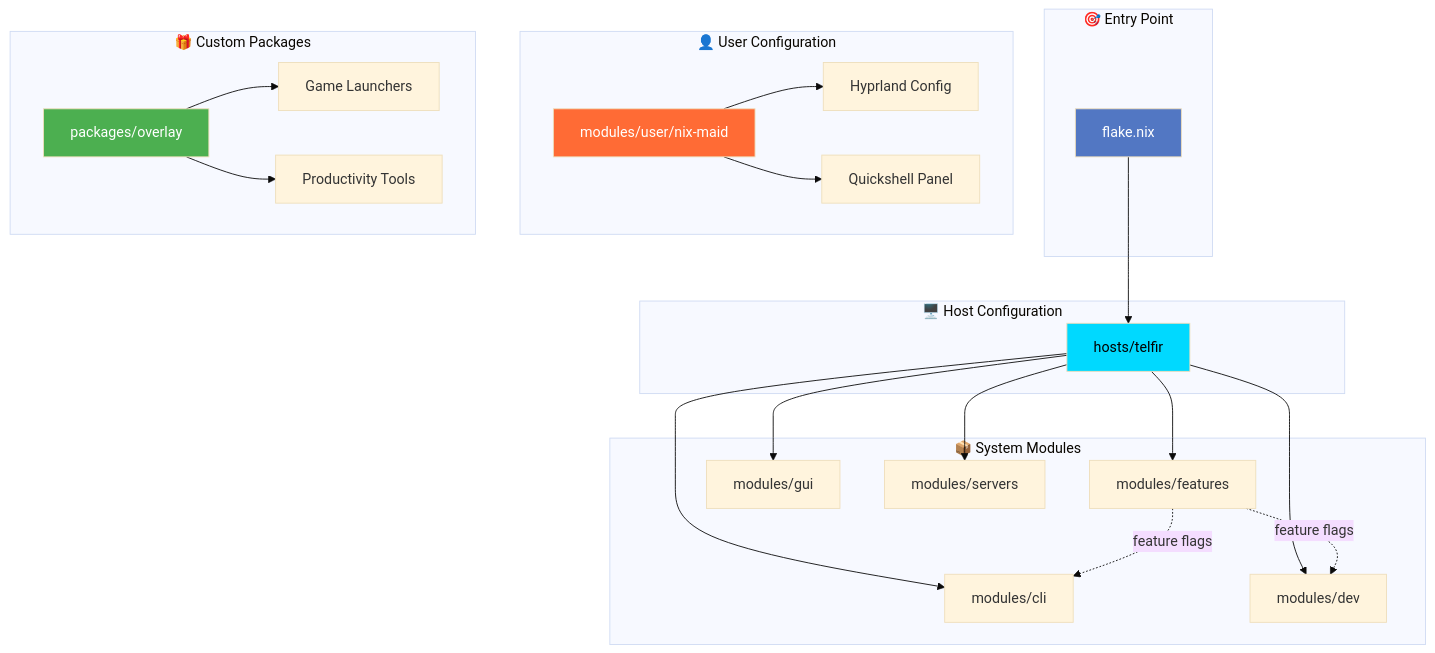
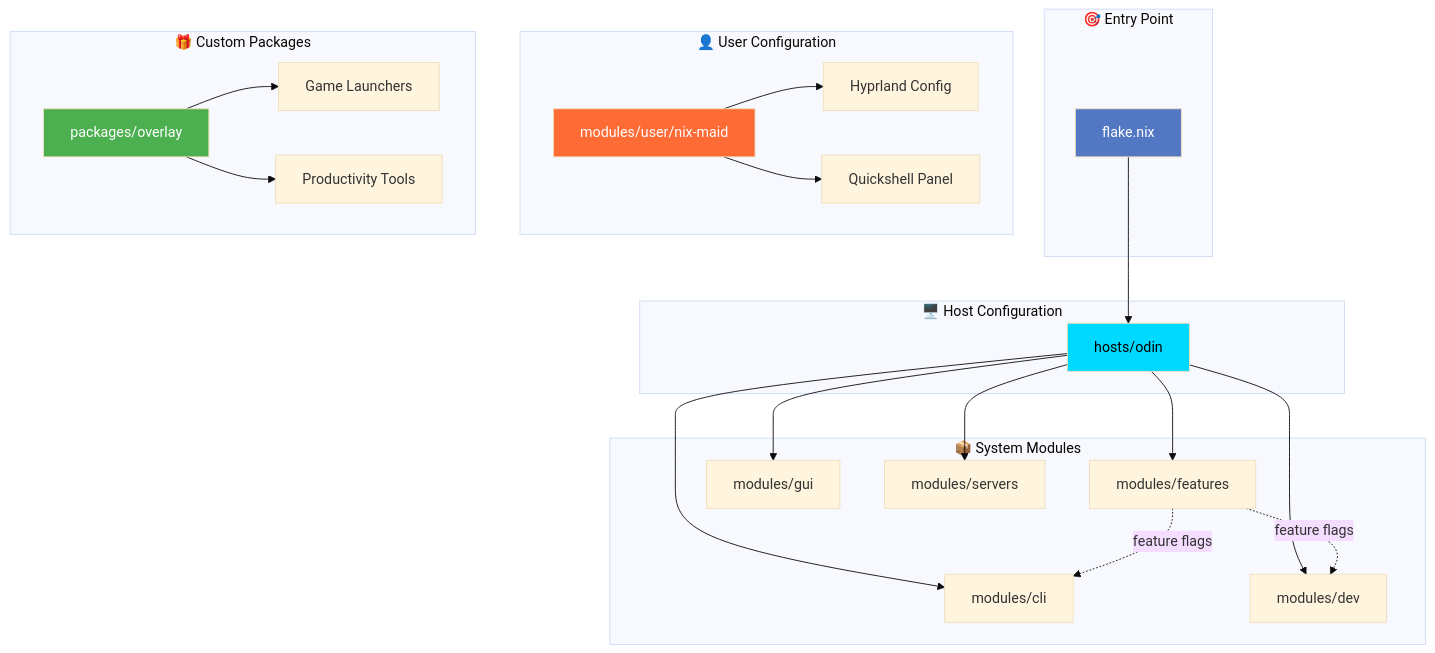
Before and after one commit to neg-serg/nixos-config: the first of 5 diagrams in README.md, drawn with Mermaid (base theme). The commit also changed other lines of this file and 25 other files, not shown here.

First line of the commit message:
[hosts] Rename telfir → odin

````diff
--- a/README.md
+++ b/README.md
@@ -100,48 +100,48 @@
 ```mermaid
 graph TB
     subgraph "🎯 Entry Point"
         A[flake.nix]
     end
     
     subgraph "🖥️ Host Configuration"
-        B[hosts/telfir]
+        B[hosts/odin]
     end
     
     subgraph "📦 System Modules"
         C[modules/features]
         D[modules/cli]
         E[modules/dev]
         F[modules/gui]
         G[modules/servers]
     end
     
     subgraph "👤 User Configuration"
         H[modules/user/nix-maid]
         I[Hyprland Config]
         J[Quickshell Panel]
     end
     
     subgraph "🎁 Custom Packages"
         K[packages/overlay]
         L[Game Launchers]
         M[Productivity Tools]
     end
     
     A --> B
     B --> C
     B --> D
     B --> E
     B --> F
     B --> G
     H --> I
     H --> J
     C -.feature flags.-> D
     C -.feature flags.-> E
     K --> L
     K --> M
     
     style A fill:#5277C3,color:#fff
     style B fill:#00D9FF,color:#000
     style H fill:#FF6B35,color:#fff
     style K fill:#4CAF50,color:#fff
 ```
````
